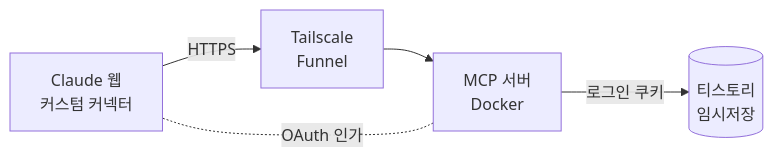
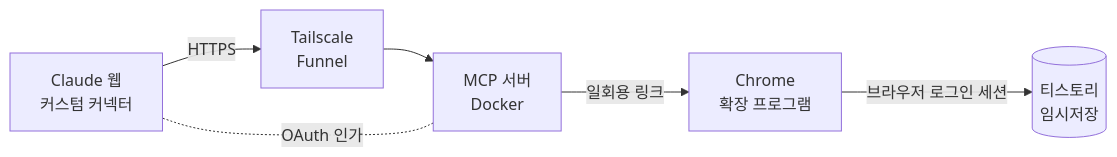
One commit to euiseok00/mcp-tistory changed the diagram in README.md. Above: the diagram before and after it, drawn with Mermaid. The commit also changed other lines of this file and 7 other files, not shown here.

````diff
--- a/README.md
+++ b/README.md
@@ -42,7 +43,8 @@
 ```mermaid
 flowchart LR
     A[Claude 웹<br/>커스텀 커넥터] -- HTTPS --> B[Tailscale<br/>Funnel]
     B --> C[MCP 서버<br/>Docker]
-    C -- 로그인 쿠키 --> D[(티스토리<br/>임시저장)]
     C -. OAuth 인가 .- A
+    C -- 일회용 링크 --> E[Chrome<br/>확장 프로그램]
+    E -- 브라우저 로그인 세션 --> D[(티스토리<br/>임시저장)]
 ```
````
